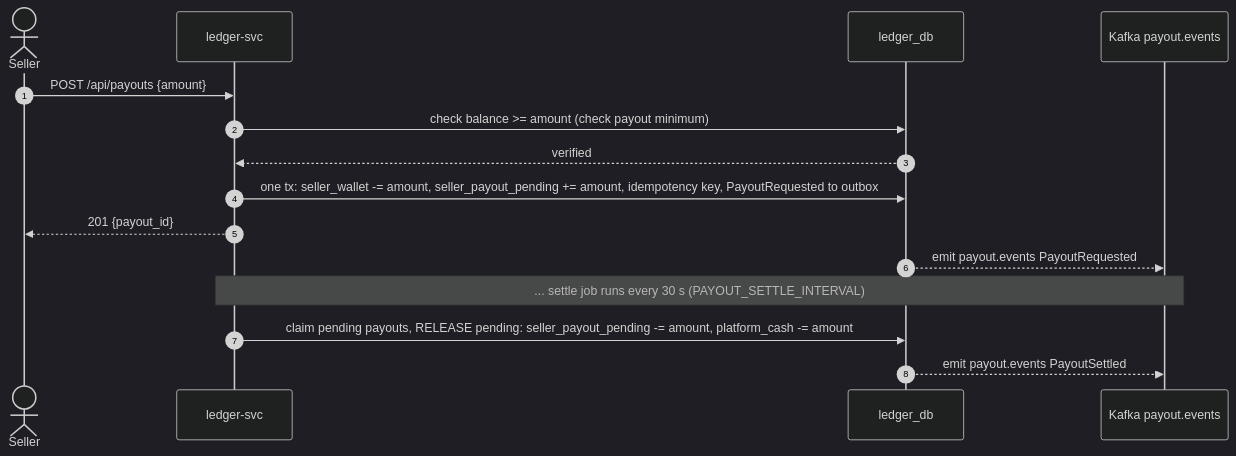
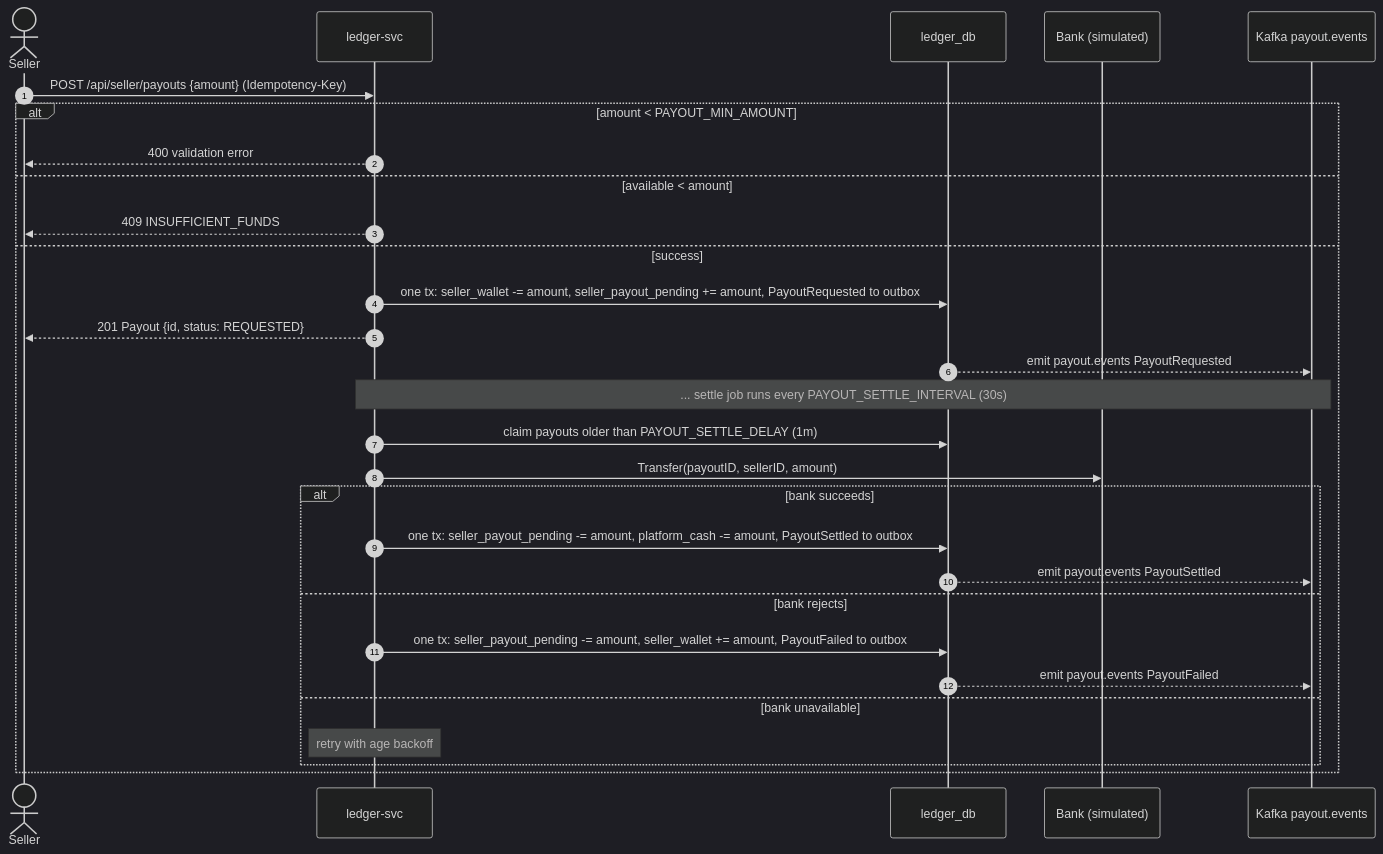
Before and after one commit to ngoxuanchien/E-Commerce: the fifth of 7 diagrams in docs/architecture.md, drawn with Mermaid (dark theme). The commit also changed other lines of this file, not shown here.

Commit message:
docs: architecture accuracy fixes

````diff
--- a/docs/architecture.md
+++ b/docs/architecture.md
@@ -184,17 +197,31 @@
 ```mermaid
 sequenceDiagram
   autonumber
   actor Seller
   participant L as ledger-svc
   participant LDB as ledger_db
+  participant B as Bank (simulated)
   participant K as Kafka payout.events
-  Seller->>L: POST /api/payouts {amount}
-  L->>LDB: check balance >= amount (check payout minimum)
-  LDB-->>L: verified
-  L->>LDB: one tx: seller_wallet -= amount, seller_payout_pending += amount, idempotency key, PayoutRequested to outbox
-  L-->>Seller: 201 {payout_id}
-  LDB-->>K: emit payout.events PayoutRequested
-  Note over L,K: ... settle job runs every 30 s (PAYOUT_SETTLE_INTERVAL)
-  L->>LDB: claim pending payouts, RELEASE pending: seller_payout_pending -= amount, platform_cash -= amount
-  LDB-->>K: emit payout.events PayoutSettled
+  Seller->>L: POST /api/seller/payouts {amount} (Idempotency-Key)
+  alt amount < PAYOUT_MIN_AMOUNT
+    L-->>Seller: 400 validation error
+  else available < amount
+    L-->>Seller: 409 INSUFFICIENT_FUNDS
+  else success
+    L->>LDB: one tx: seller_wallet -= amount, seller_payout_pending += amount, PayoutRequested to outbox
+    L-->>Seller: 201 Payout {id, status: REQUESTED}
+    LDB-->>K: emit payout.events PayoutRequested
+    Note over L,K: ... settle job runs every PAYOUT_SETTLE_INTERVAL (30s)
+    L->>LDB: claim payouts older than PAYOUT_SETTLE_DELAY (1m)
+    L->>B: Transfer(payoutID, sellerID, amount)
+    alt bank succeeds
+      L->>LDB: one tx: seller_payout_pending -= amount, platform_cash -= amount, PayoutSettled to outbox
+      LDB-->>K: emit payout.events PayoutSettled
+    else bank rejects
+      L->>LDB: one tx: seller_payout_pending -= amount, seller_wallet += amount, PayoutFailed to outbox
+      LDB-->>K: emit payout.events PayoutFailed
+    else bank unavailable
+      Note over L: retry with age backoff
+    end
+  end
 ```
````
